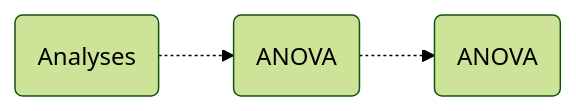
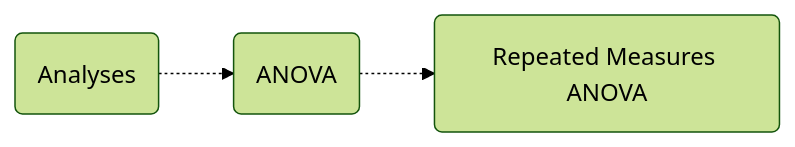
The diagram in anova2.qmd (bougioukas/pmspsy), drawn with Mermaid (forest theme) before and after one commit. The commit also changed other lines of this file and 40 other files, not shown here.

````diff
--- a/anova2.qmd
+++ b/anova2.qmd
@@ -108,4 +82,4 @@
 ```{mermaid}
 flowchart LR
-  A(Analyses) -.-> B(ANOVA) -.-> C(ANOVA)
+  A(Analyses) -.-> B(ANOVA) -.-> C(Repeated Measures ANOVA)
 ```
````
